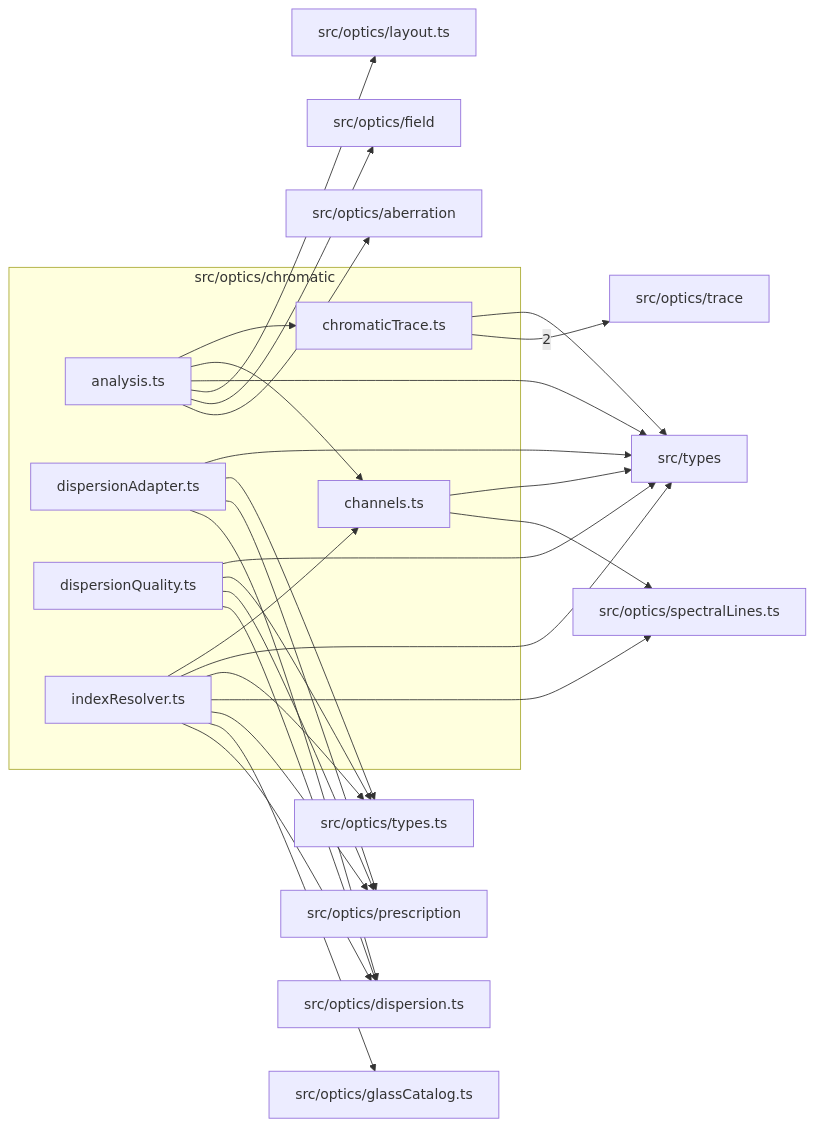
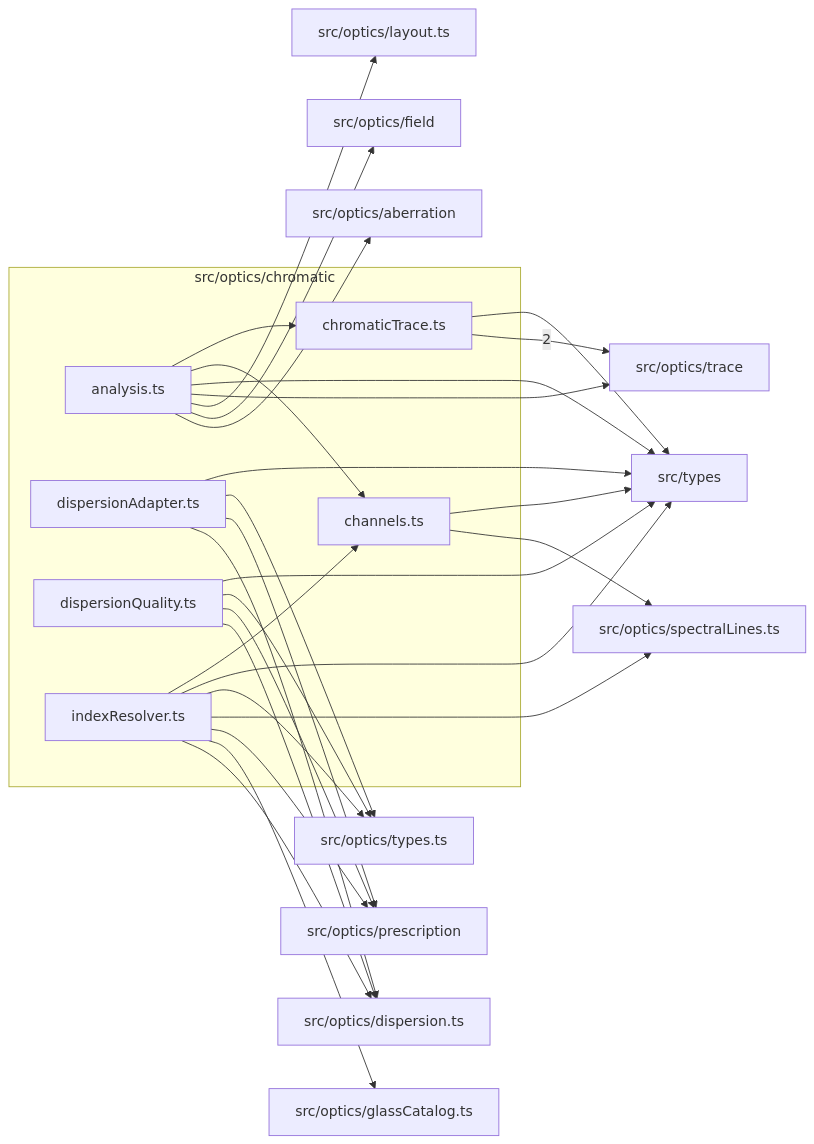
The diagram in src/optics/chromatic/readme.md (ronbuening/LensVisualizer), drawn with Mermaid before and after one commit. The commit also changed other lines of this file and 35 other files, not shown here.

````diff
--- a/src/optics/chromatic/readme.md
+++ b/src/optics/chromatic/readme.md
@@ -9,46 +9,47 @@
 ```mermaid
 flowchart LR
   subgraph n_src_optics_chromatic["src/optics/chromatic"]
     n_src_optics_chromatic_src_optics_chromatic_analysis_ts["analysis.ts"]
     n_src_optics_chromatic_src_optics_chromatic_channels_ts["channels.ts"]
     n_src_optics_chromatic_src_optics_chromatic_chromaticTrace_ts["chromaticTrace.ts"]
     n_src_optics_chromatic_src_optics_chromatic_dispersionAdapter_ts["dispersionAdapter.ts"]
     n_src_optics_chromatic_src_optics_chromatic_dispersionQuality_ts["dispersionQuality.ts"]
     n_src_optics_chromatic_src_optics_chromatic_indexResolver_ts["indexResolver.ts"]
   end
   n_external_src_optics_trace["src/optics/trace"]
   n_external_src_optics_aberration["src/optics/aberration"]
   n_external_src_optics_dispersion_ts["src/optics/dispersion.ts"]
   n_external_src_optics_field["src/optics/field"]
   n_external_src_optics_glassCatalog_ts["src/optics/glassCatalog.ts"]
   n_external_src_optics_layout_ts["src/optics/layout.ts"]
   n_external_src_optics_prescription["src/optics/prescription"]
   n_external_src_optics_spectralLines_ts["src/optics/spectralLines.ts"]
   n_external_src_optics_types_ts["src/optics/types.ts"]
   n_external_src_types["src/types"]
   n_src_optics_chromatic_src_optics_chromatic_chromaticTrace_ts --> |2| n_external_src_optics_trace
   n_src_optics_chromatic_src_optics_chromatic_analysis_ts --> n_external_src_optics_aberration
   n_src_optics_chromatic_src_optics_chromatic_dispersionAdapter_ts --> n_external_src_optics_dispersion_ts
   n_src_optics_chromatic_src_optics_chromatic_dispersionQuality_ts --> n_external_src_optics_dispersion_ts
   n_src_optics_chromatic_src_optics_chromatic_indexResolver_ts --> n_external_src_optics_dispersion_ts
   n_src_optics_chromatic_src_optics_chromatic_analysis_ts --> n_external_src_optics_field
   n_src_optics_chromatic_src_optics_chromatic_indexResolver_ts --> n_external_src_optics_glassCatalog_ts
   n_src_optics_chromatic_src_optics_chromatic_analysis_ts --> n_external_src_optics_layout_ts
   n_src_optics_chromatic_src_optics_chromatic_dispersionAdapter_ts --> n_external_src_optics_prescription
   n_src_optics_chromatic_src_optics_chromatic_dispersionQuality_ts --> n_external_src_optics_prescription
   n_src_optics_chromatic_src_optics_chromatic_indexResolver_ts --> n_external_src_optics_prescription
   n_src_optics_chromatic_src_optics_chromatic_channels_ts --> n_external_src_optics_spectralLines_ts
   n_src_optics_chromatic_src_optics_chromatic_indexResolver_ts --> n_external_src_optics_spectralLines_ts
+  n_src_optics_chromatic_src_optics_chromatic_analysis_ts --> n_external_src_optics_trace
   n_src_optics_chromatic_src_optics_chromatic_dispersionAdapter_ts --> n_external_src_optics_types_ts
   n_src_optics_chromatic_src_optics_chromatic_dispersionQuality_ts --> n_external_src_optics_types_ts
   n_src_optics_chromatic_src_optics_chromatic_indexResolver_ts --> n_external_src_optics_types_ts
   n_src_optics_chromatic_src_optics_chromatic_analysis_ts --> n_external_src_types
   n_src_optics_chromatic_src_optics_chromatic_channels_ts --> n_external_src_types
   n_src_optics_chromatic_src_optics_chromatic_chromaticTrace_ts --> n_external_src_types
   n_src_optics_chromatic_src_optics_chromatic_dispersionAdapter_ts --> n_external_src_types
   n_src_optics_chromatic_src_optics_chromatic_dispersionQuality_ts --> n_external_src_types
   n_src_optics_chromatic_src_optics_chromatic_indexResolver_ts --> n_external_src_types
   n_src_optics_chromatic_src_optics_chromatic_analysis_ts --> n_src_optics_chromatic_src_optics_chromatic_channels_ts
   n_src_optics_chromatic_src_optics_chromatic_indexResolver_ts --> n_src_optics_chromatic_src_optics_chromatic_channels_ts
   n_src_optics_chromatic_src_optics_chromatic_analysis_ts --> n_src_optics_chromatic_src_optics_chromatic_chromaticTrace_ts
 ```
````
